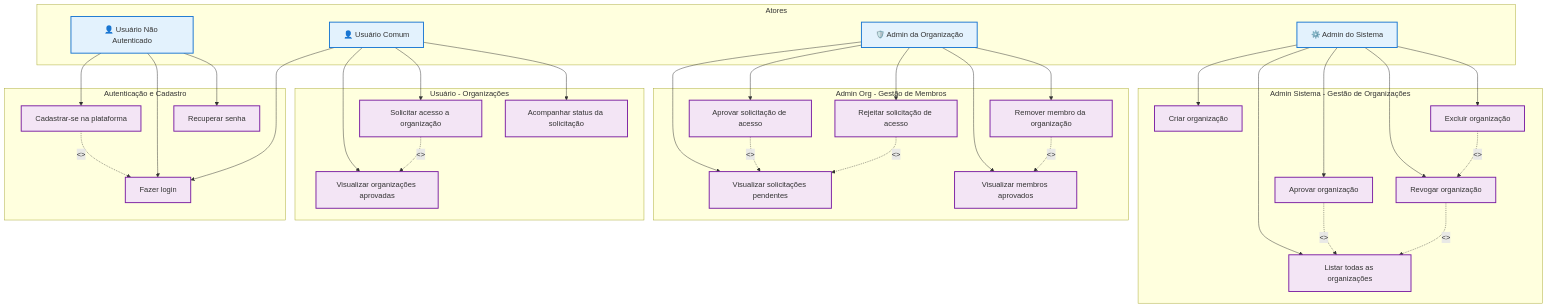
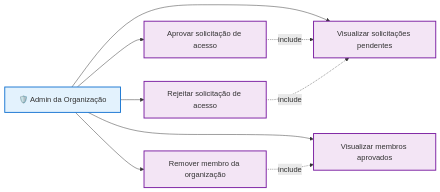
Before and after one commit to MrLucasMoreira/PDSI-Conecta-: the fourth of 5 diagrams in docs/cadastro-usuario/1 - casos-uso-cadastro-usuario.md, drawn with Mermaid. The commit also changed other lines of this file and 1 other file, not shown here.

Commit message:
fix: Ajuste dos documentos casos de uso e diagrama de sequencia

````diff
--- a/docs/cadastro-usuario/1 - casos-uso-cadastro-usuario.md
+++ b/docs/cadastro-usuario/1 - casos-uso-cadastro-usuario.md
@@ -3,74 +85,26 @@
 ```mermaid
-flowchart TB
-    subgraph Atores
-        Anon["👤 Usuário Não Autenticado"]
-        Usuario["👤 Usuário Comum"]
-        AdminOrg["🛡️ Admin da Organização"]
-        AdminSistema["⚙️ Admin do Sistema"]
-    end
+flowchart LR
+    AdminOrg["🛡️ Admin da Organização"]
 
-    subgraph "Autenticação e Cadastro"
-        UC1["Cadastrar-se na plataforma"]
-        UC2["Fazer login"]
-        UC3["Recuperar senha"]
-    end
-
-    subgraph "Usuário - Organizações"
-        UC4["Visualizar organizações aprovadas"]
-        UC5["Solicitar acesso a organização"]
-        UC6["Acompanhar status da solicitação"]
-    end
-
-    subgraph "Admin Org - Gestão de Membros"
-        UC7["Visualizar solicitações pendentes"]
-        UC8["Aprovar solicitação de acesso"]
-        UC9["Rejeitar solicitação de acesso"]
-        UC10["Visualizar membros aprovados"]
-        UC11["Remover membro da organização"]
-    end
-
-    subgraph "Admin Sistema - Gestão de Organizações"
-        UC12["Criar organização"]
-        UC13["Listar todas as organizações"]
-        UC14["Aprovar organização"]
-        UC15["Revogar organização"]
-        UC16["Excluir organização"]
-    end
-
-    Anon --> UC1
-    Anon --> UC2
-    Anon --> UC3
-
-    Usuario --> UC2
-    Usuario --> UC4
-    Usuario --> UC5
-    Usuario --> UC6
+    UC7["Visualizar solicitações pendentes"]
+    UC8["Aprovar solicitação de acesso"]
+    UC9["Rejeitar solicitação de acesso"]
+    UC10["Visualizar membros aprovados"]
+    UC11["Remover membro da organização"]
 
     AdminOrg --> UC7
     AdminOrg --> UC8
     AdminOrg --> UC9
     AdminOrg --> UC10
     AdminOrg --> UC11
 
-    AdminSistema --> UC12
-    AdminSistema --> UC13
-    AdminSistema --> UC14
-    AdminSistema --> UC15
-    AdminSistema --> UC16
-
-    UC1 -.->|<<include>>| UC2
-    UC5 -.->|<<include>>| UC4
-    UC8 -.->|<<include>>| UC7
-    UC9 -.->|<<include>>| UC7
-    UC11 -.->|<<include>>| UC10
-    UC14 -.->|<<include>>| UC13
-    UC15 -.->|<<include>>| UC13
-    UC16 -.->|<<include>>| UC15
+    UC8 -.->|include| UC7
+    UC9 -.->|include| UC7
+    UC11 -.->|include| UC10
 
     classDef actor fill:#e3f2fd,stroke:#1976d2,stroke-width:2px;
     classDef uc fill:#f3e5f5,stroke:#7b1fa2,stroke-width:2px;
-    classDef include stroke:#ff9800,stroke-dasharray: 5 5;
 
-    class Anon,Usuario,AdminOrg,AdminSistema actor;
-    class UC1,UC2,UC3,UC4,UC5,UC6,UC7,UC8,UC9,UC10,UC11,UC12,UC13,UC14,UC15,UC16 uc;
+    class AdminOrg actor;
+    class UC7,UC8,UC9,UC10,UC11 uc;
 ```
````
